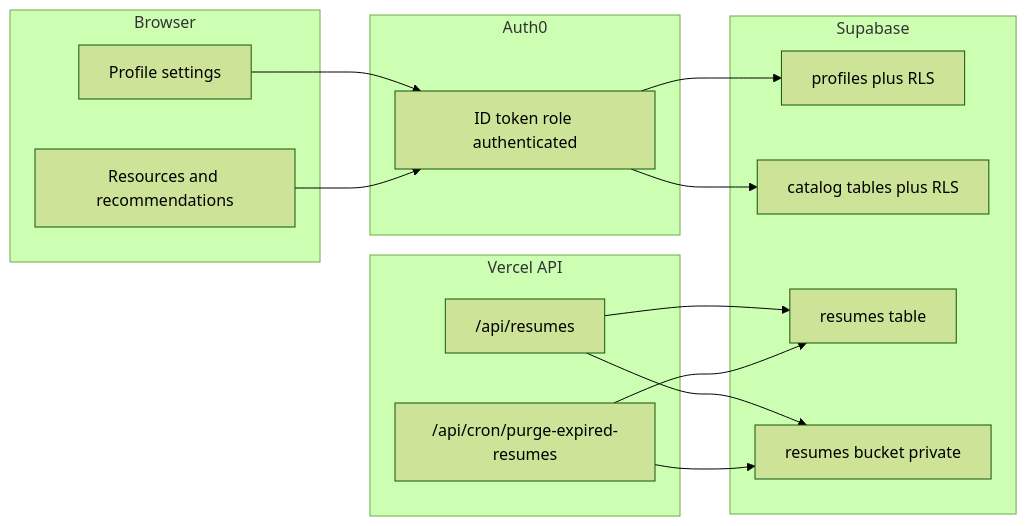
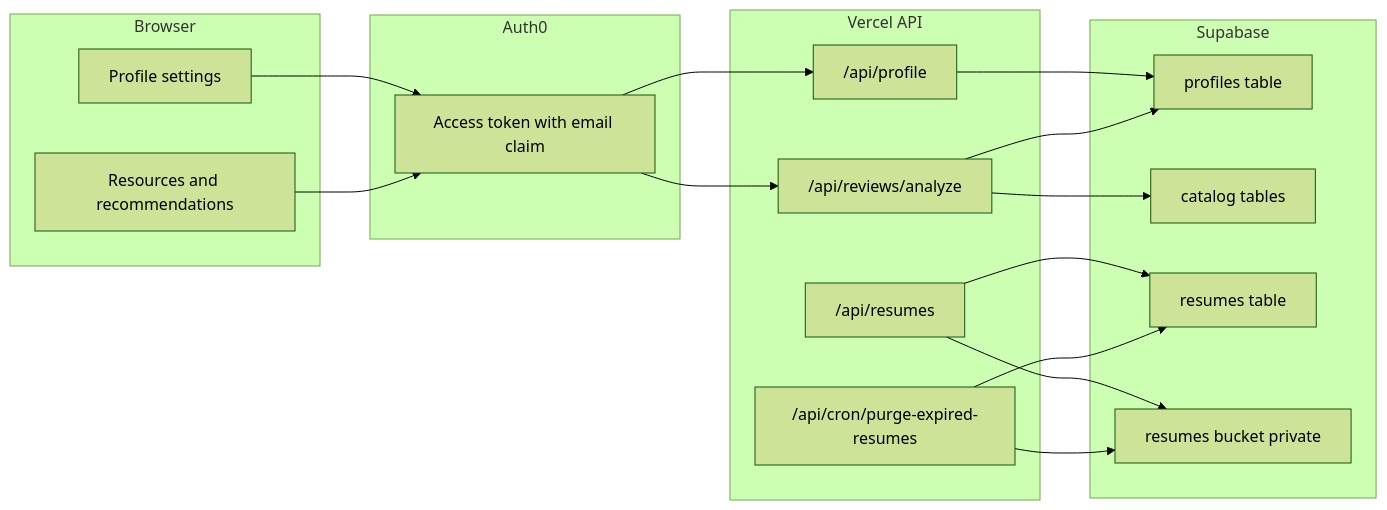
One commit to DevGhosty/Husky-Review changed the diagram in SUPABASE_OWNER_SETUP.md. Above: the diagram before and after it, drawn with Mermaid (forest theme). The commit also changed other lines of this file and 5 other files, not shown here.

Commit message:
fix: route profile persistence through api

````diff
--- a/SUPABASE_OWNER_SETUP.md
+++ b/SUPABASE_OWNER_SETUP.md
@@ -23,28 +23,33 @@
 ```mermaid
 flowchart LR
   subgraph browser [Browser]
     ProfileUI[Profile settings]
     CatalogUI[Resources and recommendations]
   end
   subgraph auth0 [Auth0]
-    IdToken[ID token role authenticated]
+    AccessToken[Access token with email claim]
   end
   subgraph supabase [Supabase]
-    ProfilesRLS[profiles plus RLS]
-    CatalogRLS[catalog tables plus RLS]
+    ProfilesDB[profiles table]
+    CatalogDB[catalog tables]
     ResumesDB[resumes table]
     StorageBucket[resumes bucket private]
   end
   subgraph vercel [Vercel API]
+    ProfileAPI["/api/profile"]
     ResumeAPI["/api/resumes"]
+    AnalyzeAPI["/api/reviews/analyze"]
     CronPurge["/api/cron/purge-expired-resumes"]
   end
-  ProfileUI --> IdToken
-  CatalogUI --> IdToken
-  IdToken --> ProfilesRLS
-  IdToken --> CatalogRLS
+  ProfileUI --> AccessToken
+  CatalogUI --> AccessToken
+  AccessToken --> ProfileAPI
+  AccessToken --> AnalyzeAPI
+  ProfileAPI --> ProfilesDB
+  AnalyzeAPI --> ProfilesDB
+  AnalyzeAPI --> CatalogDB
   ResumeAPI --> ResumesDB
   ResumeAPI --> StorageBucket
   CronPurge --> ResumesDB
   CronPurge --> StorageBucket
 ```
````
